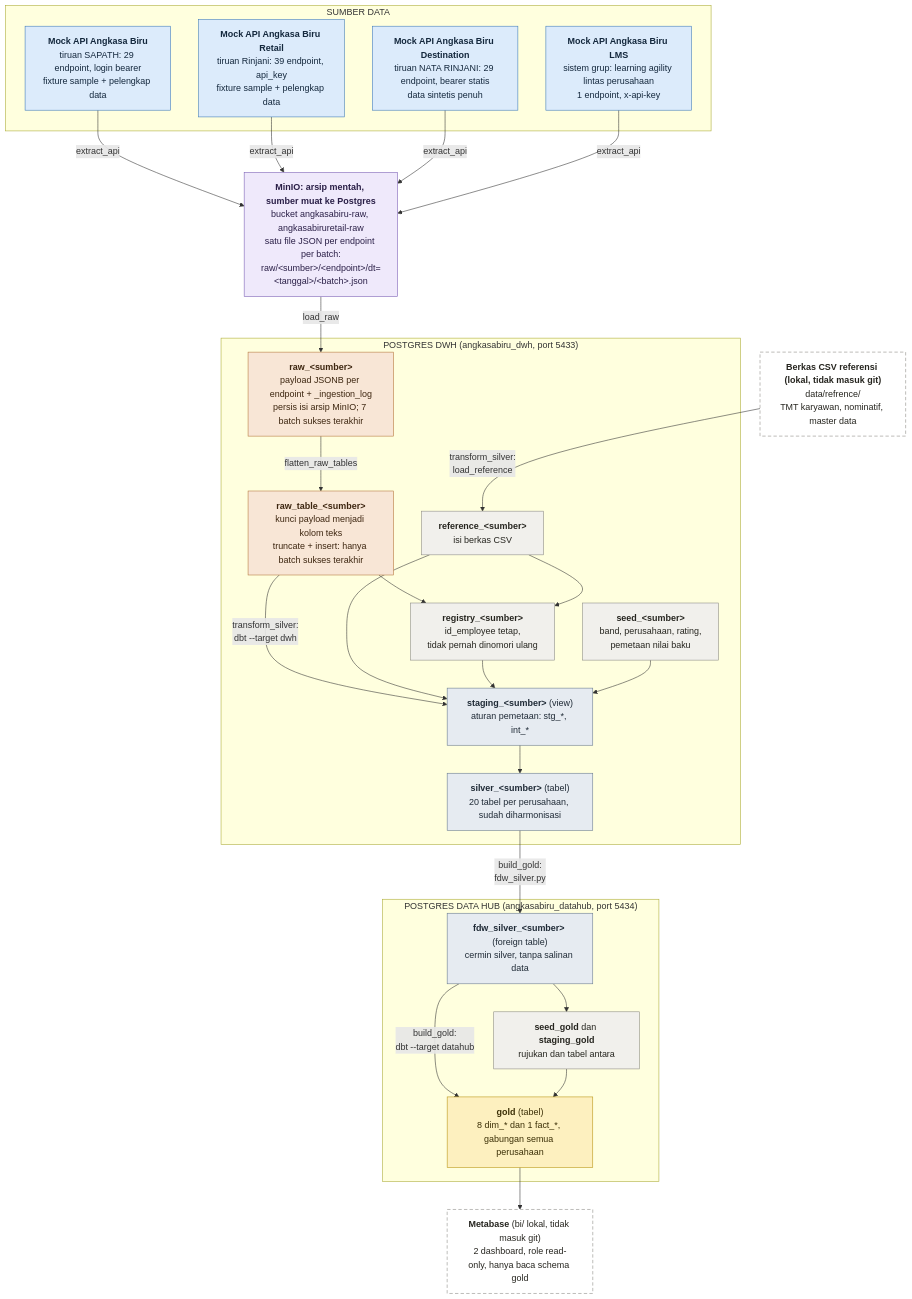
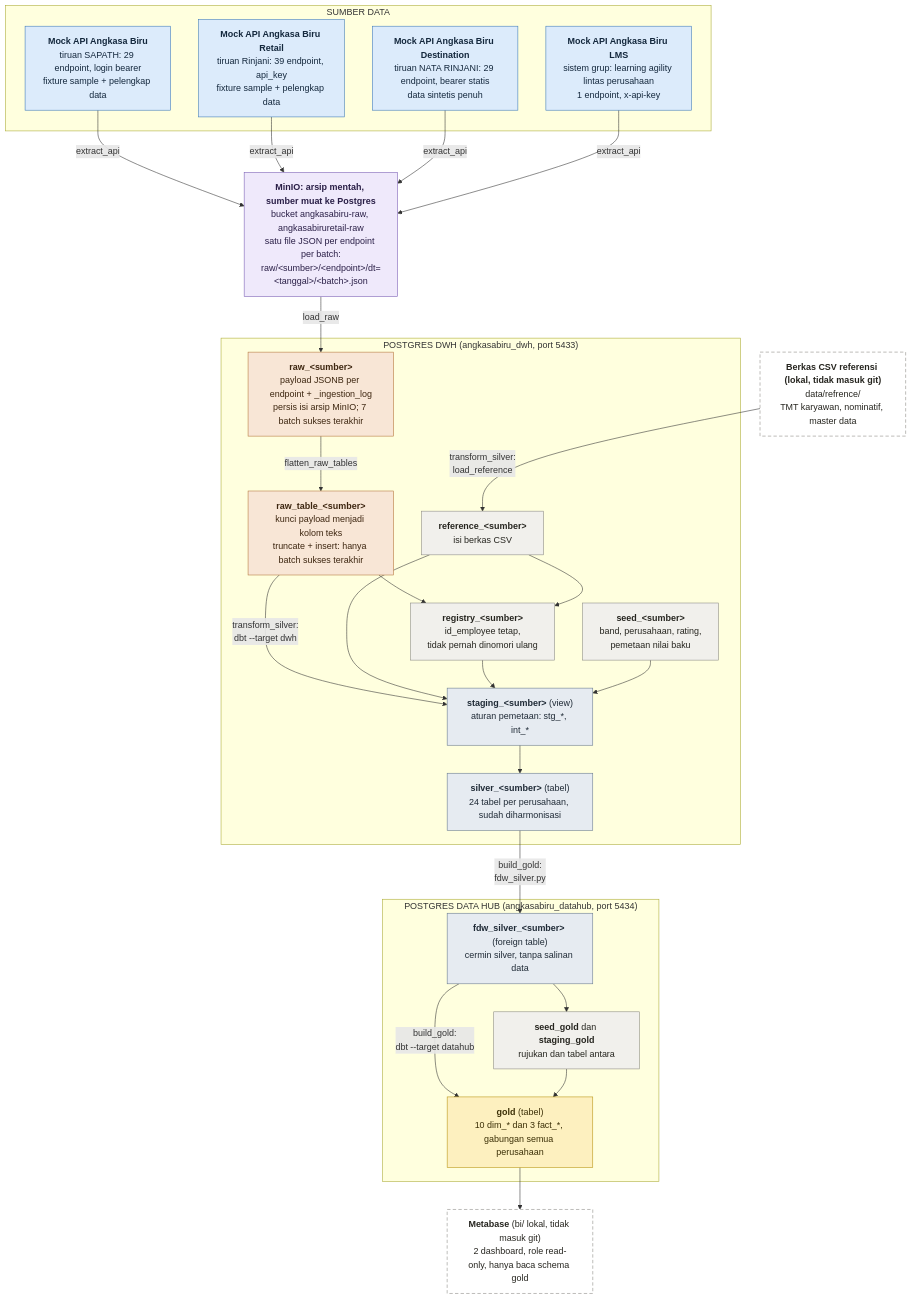
One commit to habiebdymiati/final_project_dibimibing changed the diagram in docs/diagrams/proses-1-alur-data.mmd. Above: the diagram before and after it, drawn with Mermaid. The commit also changed 7 other files, not shown here.

```diff
--- a/docs/diagrams/proses-1-alur-data.mmd
+++ b/docs/diagrams/proses-1-alur-data.mmd
@@ -1,56 +1,56 @@
 flowchart TB
     subgraph SUMBER["SUMBER DATA"]
         API1["<b>Mock API Angkasa Biru</b><br/>tiruan SAPATH: 29 endpoint, login bearer<br/>fixture sample + pelengkap data"]:::api
         API2["<b>Mock API Angkasa Biru Retail</b><br/>tiruan Rinjani: 39 endpoint, api_key<br/>fixture sample + pelengkap data"]:::api
         API3["<b>Mock API Angkasa Biru Destination</b><br/>tiruan NATA RINJANI: 29 endpoint, bearer statis<br/>data sintetis penuh"]:::api
         API4["<b>Mock API Angkasa Biru LMS</b><br/>sistem grup: learning agility lintas perusahaan<br/>1 endpoint, x-api-key"]:::api
     end
     CSV["<b>Berkas CSV referensi (lokal, tidak masuk git)</b><br/>data/refrence/<br/>TMT karyawan, nominatif, master data"]:::lokal
 
     MINIO["<b>MinIO: arsip mentah, sumber muat ke Postgres</b><br/>bucket angkasabiru-raw, angkasabiruretail-raw<br/>satu file JSON per endpoint per batch:<br/>raw/#lt;sumber#gt;/#lt;endpoint#gt;/dt=#lt;tanggal#gt;/#lt;batch#gt;.json"]:::arsip
 
     subgraph DWH["POSTGRES DWH (angkasabiru_dwh, port 5433)"]
         RAW["<b>raw_#lt;sumber#gt;</b><br/>payload JSONB per endpoint + _ingestion_log<br/>persis isi arsip MinIO; 7 batch sukses terakhir"]:::raw
         RT["<b>raw_table_#lt;sumber#gt;</b><br/>kunci payload menjadi kolom teks<br/>truncate + insert: hanya batch sukses terakhir"]:::raw
         REF["<b>reference_#lt;sumber#gt;</b><br/>isi berkas CSV"]:::pendukung
         SEED["<b>seed_#lt;sumber#gt;</b><br/>band, perusahaan, rating,<br/>pemetaan nilai baku"]:::pendukung
         REG["<b>registry_#lt;sumber#gt;</b><br/>id_employee tetap,<br/>tidak pernah dinomori ulang"]:::pendukung
         STG["<b>staging_#lt;sumber#gt;</b> (view)<br/>aturan pemetaan: stg_*, int_*"]:::silver
-        SIL["<b>silver_#lt;sumber#gt;</b> (tabel)<br/>20 tabel per perusahaan, sudah diharmonisasi"]:::silver
+        SIL["<b>silver_#lt;sumber#gt;</b> (tabel)<br/>24 tabel per perusahaan, sudah diharmonisasi"]:::silver
     end
 
     subgraph HUB["POSTGRES DATA HUB (angkasabiru_datahub, port 5434)"]
         FDW["<b>fdw_silver_#lt;sumber#gt;</b> (foreign table)<br/>cermin silver, tanpa salinan data"]:::silver
         ANT["<b>seed_gold</b> dan <b>staging_gold</b><br/>rujukan dan tabel antara"]:::pendukung
-        GOLD["<b>gold</b> (tabel)<br/>8 dim_* dan 1 fact_*, gabungan semua perusahaan"]:::gold
+        GOLD["<b>gold</b> (tabel)<br/>10 dim_* dan 3 fact_*, gabungan semua perusahaan"]:::gold
     end
 
     MB["<b>Metabase</b> (bi/ lokal, tidak masuk git)<br/>2 dashboard, role read-only, hanya baca schema gold"]:::lokal
 
     API1 -->|"extract_api"| MINIO
     API2 -->|"extract_api"| MINIO
     API3 -->|"extract_api"| MINIO
     API4 -->|"extract_api"| MINIO
     MINIO -->|"load_raw"| RAW
     RAW -->|"flatten_raw_tables"| RT
     CSV -->|"transform_silver:<br/>load_reference"| REF
     RT --> REG
     REF --> REG
     RT -->|"transform_silver:<br/>dbt --target dwh"| STG
     REF --> STG
     REG --> STG
     SEED --> STG
     STG --> SIL
     SIL -->|"build_gold:<br/>fdw_silver.py"| FDW
     FDW --> ANT
     FDW -->|"build_gold:<br/>dbt --target datahub"| GOLD
     ANT --> GOLD
     GOLD --> MB
 
     classDef api fill:#dcebfb,stroke:#3b78b8,color:#14283d;
     classDef arsip fill:#efe9fb,stroke:#7a5fb5,color:#2a1f47;
     classDef raw fill:#f8e6d6,stroke:#b5763a,color:#3d2610;
     classDef pendukung fill:#f1f0ec,stroke:#8a8984,color:#26251f;
     classDef silver fill:#e6ebf1,stroke:#66788c,color:#1f2a36;
     classDef gold fill:#fdf0bf,stroke:#b8920f,color:#3b2f06;
     classDef lokal fill:#ffffff,stroke:#8a8984,stroke-dasharray:6 4,color:#26251f;
```
